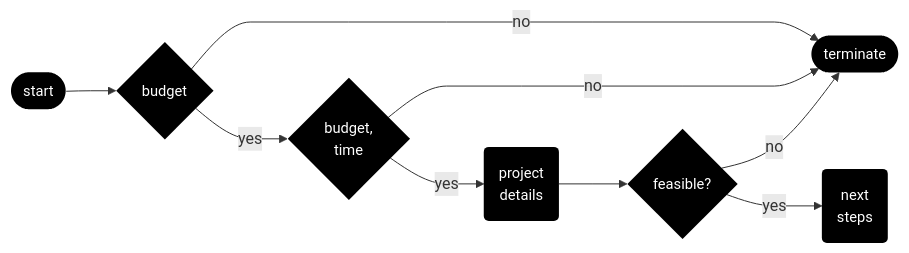
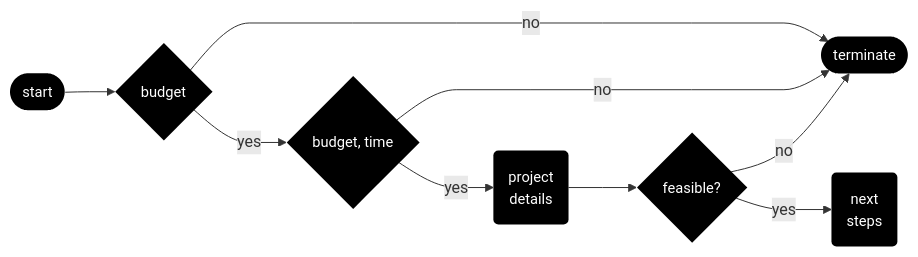
The diagram in docs/project-plausibility.md (thereferences/systems), drawn with Mermaid before and after one commit. The commit also changed other lines of this file, not shown here.

```diff
--- a/docs/project-plausibility.md
+++ b/docs/project-plausibility.md
@@ -119,13 +119,13 @@
 <pre class="mermaid">
 %%{ init: { 'flowchart': { 'curve': 'monotoneX'} } }%%  
 flowchart LR    
     id0([start]) --> id1{<span title="Does the potential project have a budget?">budget</span>} 
-    id1 -- yes --> id2{<span title="Is the budget, project timebox, and the collaboration commitment plausible?">budget,<br>time</span>}
+    id1 -- yes --> id2{<span title="Is the budget, project timebox, and the collaboration commitment plausible?">budget, time</span>}
     id1 -- no --> id3([terminate])
     id2 -- no --> id3
-    id2 -- yes --> id5(<span title="The project scope/design details">project<br>details</span>)
+    id2 -- yes --> id5(<span title="The project scope/design details">project<br> details</span>)
     id5 --> id6{<span title="Is the potential project addressable via machine learning, technically feasible, and economically viable?">feasible?</span>}
     id6 -- no --> id3
     id6 -- yes --> id8(next <br> steps)      
     classDef default fill:#000000,stroke:#333333,stroke-width:0px,color:#ffffff,font-size:11pt;
 </pre>
```
